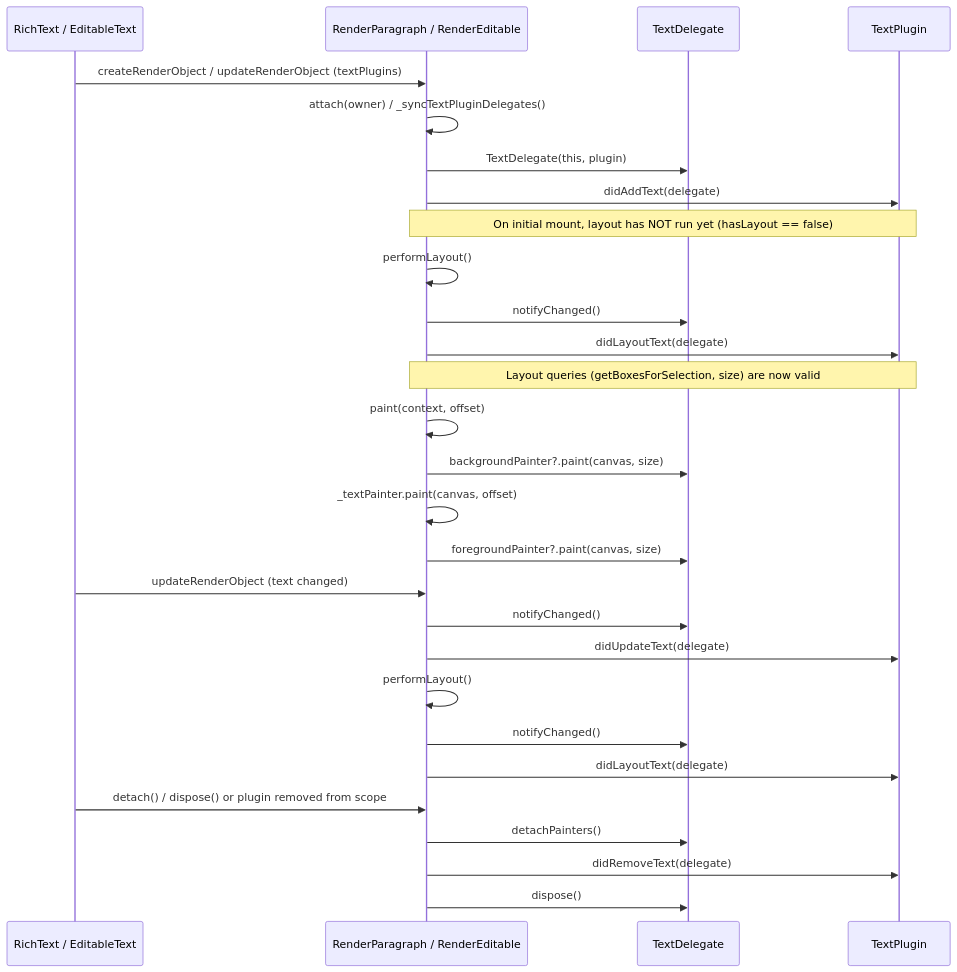
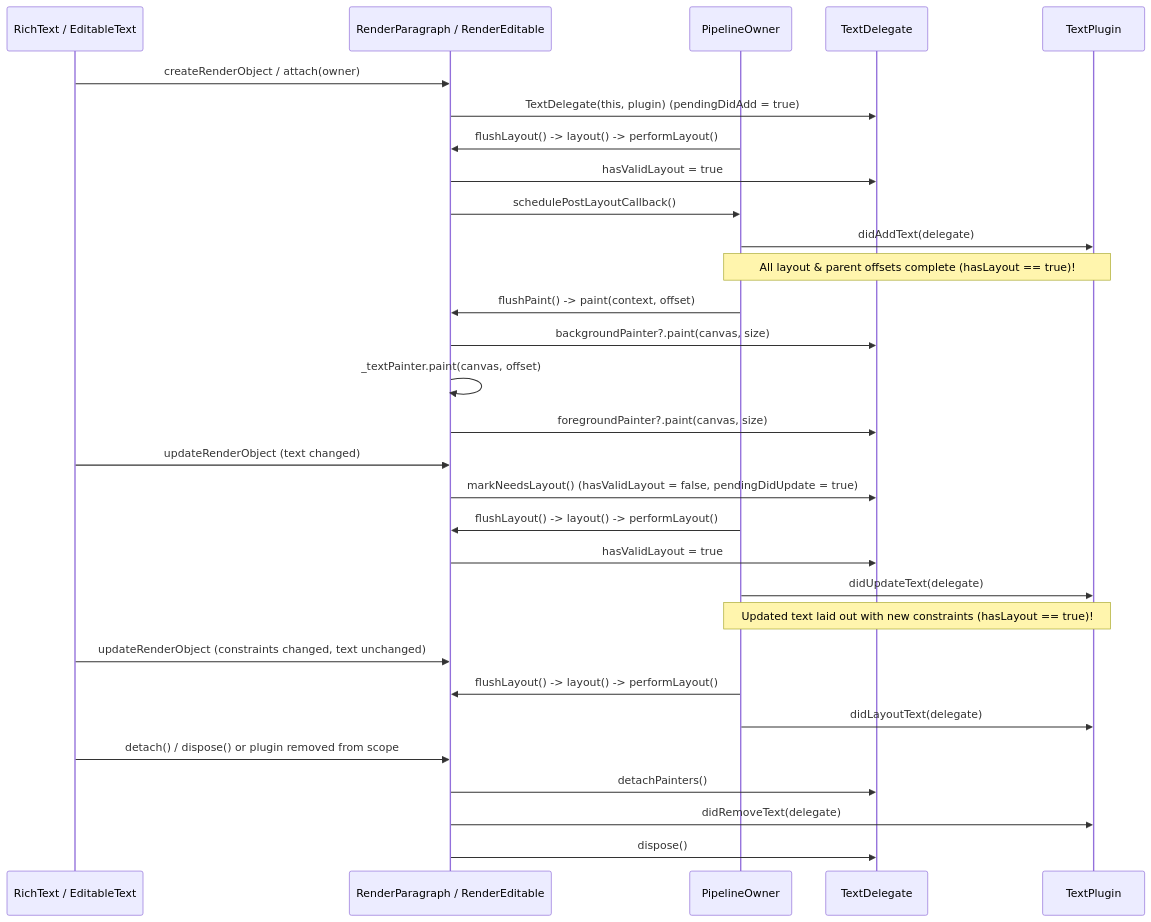
One commit to hannah-hyj/flutter changed the second of 3 diagrams in text_plugins_design_doc.md. Above: the diagram before and after it, drawn with Mermaid. The commit also changed other lines of this file and 9 other files, not shown here.

````diff
--- a/text_plugins_design_doc.md
+++ b/text_plugins_design_doc.md
@@ -309,35 +332,38 @@
 ```mermaid
 sequenceDiagram
     participant W as RichText / EditableText
     participant RO as RenderParagraph / RenderEditable
+    participant PO as PipelineOwner
     participant TD as TextDelegate
     participant TP as TextPlugin
 
-    W->>RO: createRenderObject / updateRenderObject (textPlugins)
-    RO->>RO: attach(owner) / _syncTextPluginDelegates()
-    RO->>TD: TextDelegate(this, plugin)
-    RO->>TP: didAddText(delegate)
-    Note over RO,TP: On initial mount, layout has NOT run yet (hasLayout == false)
+    W->>RO: createRenderObject / attach(owner)
+    RO->>TD: TextDelegate(this, plugin) (pendingDidAdd = true)
 
-    RO->>RO: performLayout()
-    RO->>TD: notifyChanged()
-    RO->>TP: didLayoutText(delegate)
-    Note over RO,TP: Layout queries (getBoxesForSelection, size) are now valid
+    PO->>RO: flushLayout() -> layout() -> performLayout()
+    RO->>TD: hasValidLayout = true
+    RO->>PO: schedulePostLayoutCallback()
+    PO->>TP: didAddText(delegate)
+    Note over PO,TP: All layout & parent offsets complete (hasLayout == true)!
 
-    RO->>RO: paint(context, offset)
+    PO->>RO: flushPaint() -> paint(context, offset)
     RO->>TD: backgroundPainter?.paint(canvas, size)
     RO->>RO: _textPainter.paint(canvas, offset)
     RO->>TD: foregroundPainter?.paint(canvas, size)
 
     W->>RO: updateRenderObject (text changed)
-    RO->>TD: notifyChanged()
-    RO->>TP: didUpdateText(delegate)
-    RO->>RO: performLayout()
-    RO->>TD: notifyChanged()
-    RO->>TP: didLayoutText(delegate)
+    RO->>TD: markNeedsLayout() (hasValidLayout = false, pendingDidUpdate = true)
+    PO->>RO: flushLayout() -> layout() -> performLayout()
+    RO->>TD: hasValidLayout = true
+    PO->>TP: didUpdateText(delegate)
+    Note over PO,TP: Updated text laid out with new constraints (hasLayout == true)!
+
+    W->>RO: updateRenderObject (constraints changed, text unchanged)
+    PO->>RO: flushLayout() -> layout() -> performLayout()
+    PO->>TP: didLayoutText(delegate)
 
     W->>RO: detach() / dispose() or plugin removed from scope
     RO->>TD: detachPainters()
     RO->>TP: didRemoveText(delegate)
     RO->>TD: dispose()
 ```
````
